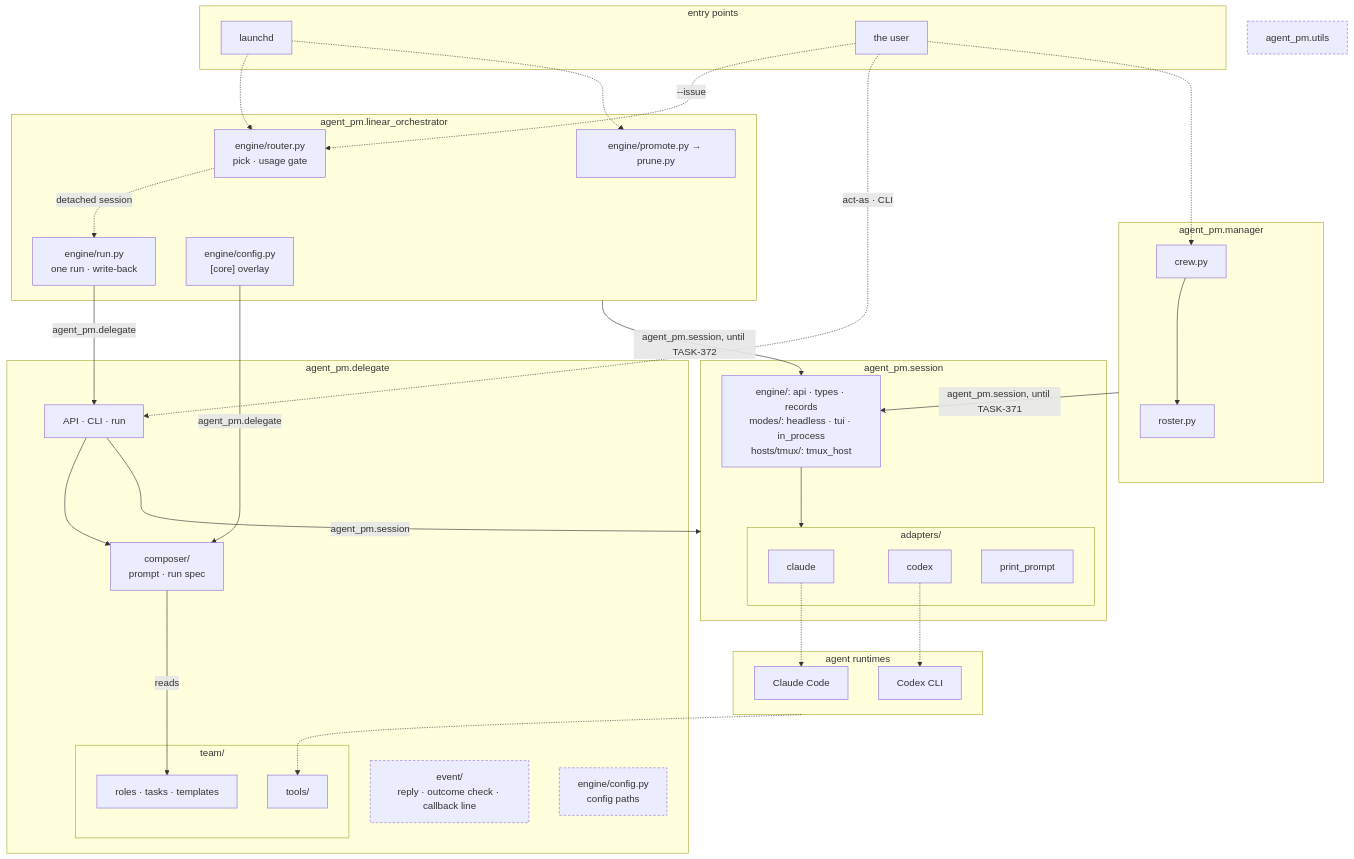
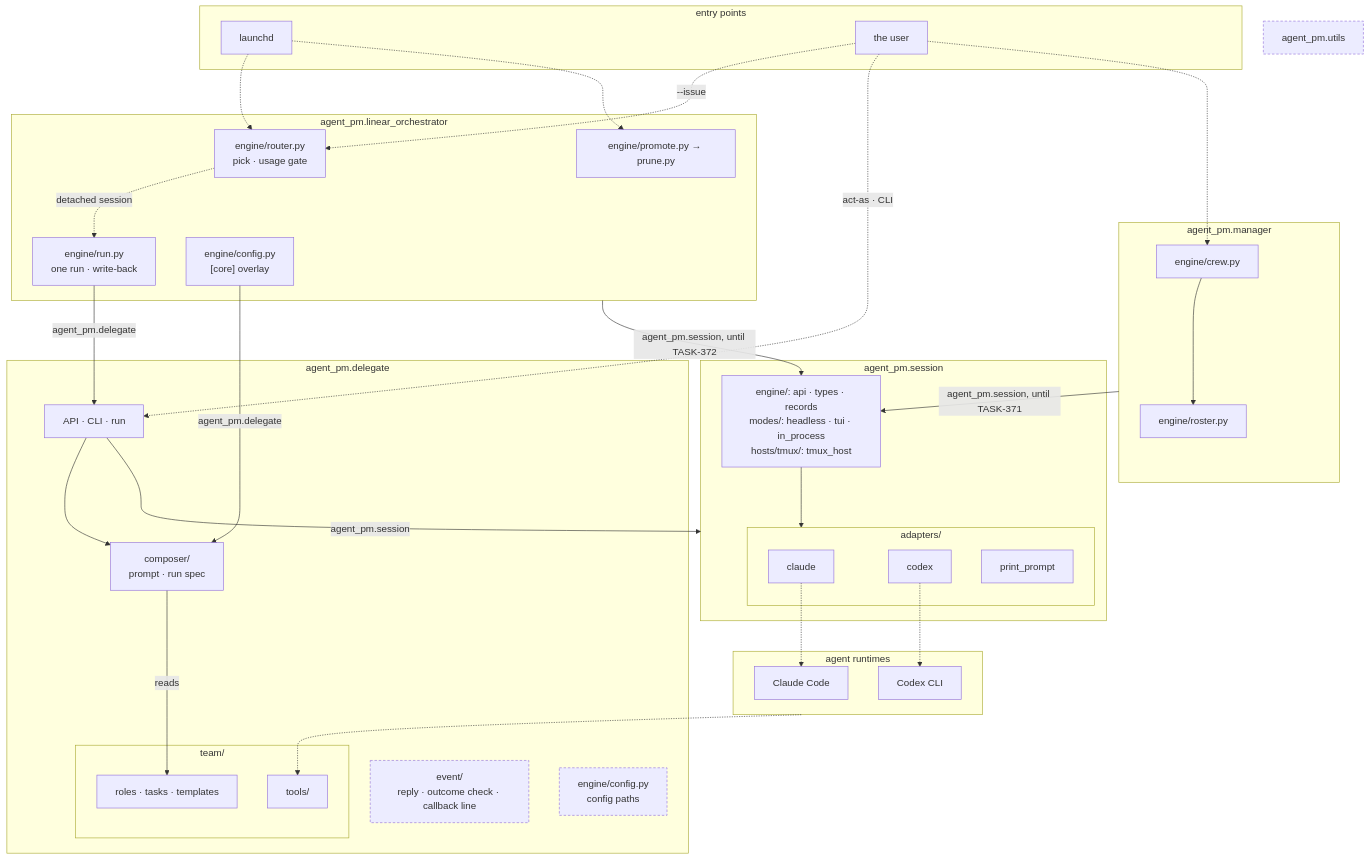
One commit to ophis/agent-pm changed the second of 4 diagrams in README.md. Above: the diagram before and after it, drawn with Mermaid. The commit also changed other lines of this file and 6 other files, not shown here.

Commit message:
docs: align architecture and local checks with the CI contract

````diff
--- a/README.md
+++ b/README.md
@@ -18,57 +18,57 @@
 ```mermaid
 flowchart TB
   subgraph EN[entry points]
     LD[launchd]
     HU[the user]
   end
   subgraph MG[agent_pm.manager]
-    W[crew.py] --> RS[roster.py]
+    W["engine/crew.py"] --> RS["engine/roster.py"]
   end
   subgraph LO[agent_pm.linear_orchestrator]
     R["engine/router.py<br>pick · usage gate"]
     RU["engine/run.py<br>one run · write-back"]
     PP["engine/promote.py → prune.py"]
     LC["engine/config.py<br>[core] overlay"]
   end
   subgraph DL[agent_pm.delegate]
     D["API · CLI · run"]
     C["composer/<br>prompt · run spec"]
     EV["event/<br>reply · outcome check · callback line"]
     CF["engine/config.py<br>config paths"]
     subgraph TM[team/]
       T["roles · tasks · templates"]
       AT[tools/]
     end
   end
   subgraph SE[agent_pm.session]
     DR["engine/: api · types · records<br>modes/: headless · tui · in_process<br>hosts/tmux/: tmux_host"]
     subgraph AD[adapters/]
       CL[claude]
       CX[codex]
       PR[print_prompt]
     end
   end
   U[agent_pm.utils]
   subgraph RT[agent runtimes]
     P1[Claude Code]
     P2[Codex CLI]
   end
   LD -.-> R & PP
   HU -.->|"--issue"| R
   HU -.->|"act-as · CLI"| D
   HU -.-> W
   R -.->|detached session| RU
   RU -->|agent_pm.delegate| D
   LC -->|agent_pm.delegate| C
   LO -->|"agent_pm.session, until TASK-372"| DR
   MG -->|"agent_pm.session, until TASK-371"| DR
   D --> C
   D -->|agent_pm.session| SE
   C -->|reads| T
   DR --> AD
   CL -.-> P1
   CX -.-> P2
   RT -.-> AT
   classDef shared stroke-dasharray: 4 3
   class EV,U,CF shared
 ```
````
